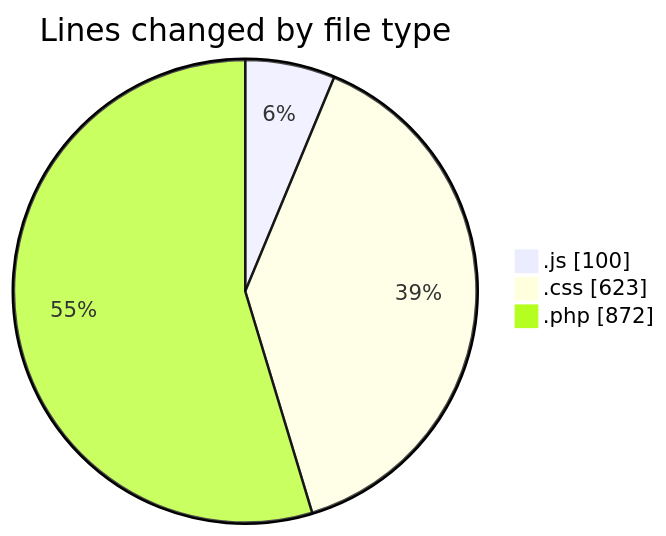
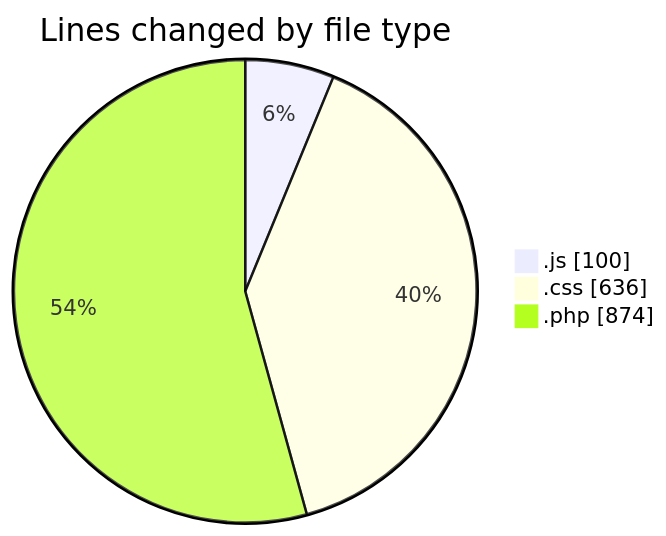
The first of 2 diagrams in 2025-08-25/quytuthien_vn/README.md (lephambinh05/code-tracking), drawn with Mermaid before and after one commit. The commit also changed other lines of this file and 1 other file, not shown here.

````diff
--- a/2025-08-25/quytuthien_vn/README.md
+++ b/2025-08-25/quytuthien_vn/README.md
@@ -35,7 +35,7 @@
 ```mermaid
 pie showData
 title Lines changed by file type
 ".js" : 100
-".css" : 623
-".php" : 872
+".css" : 636
+".php" : 874
 ```
````
